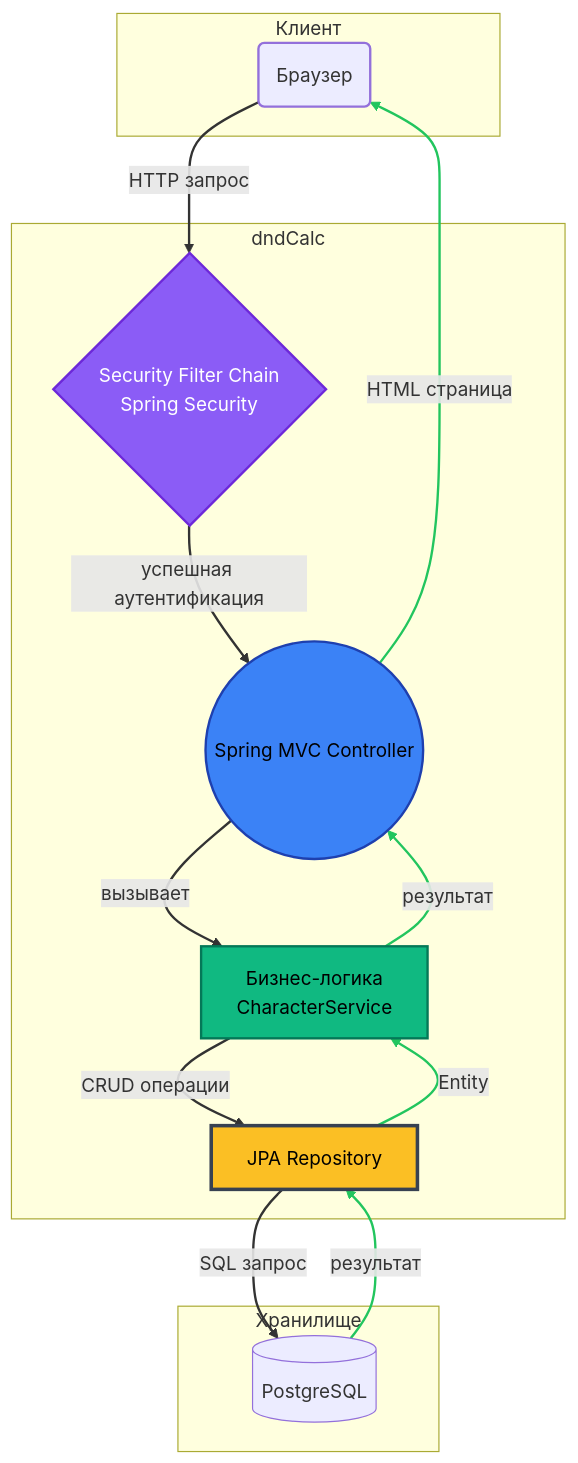
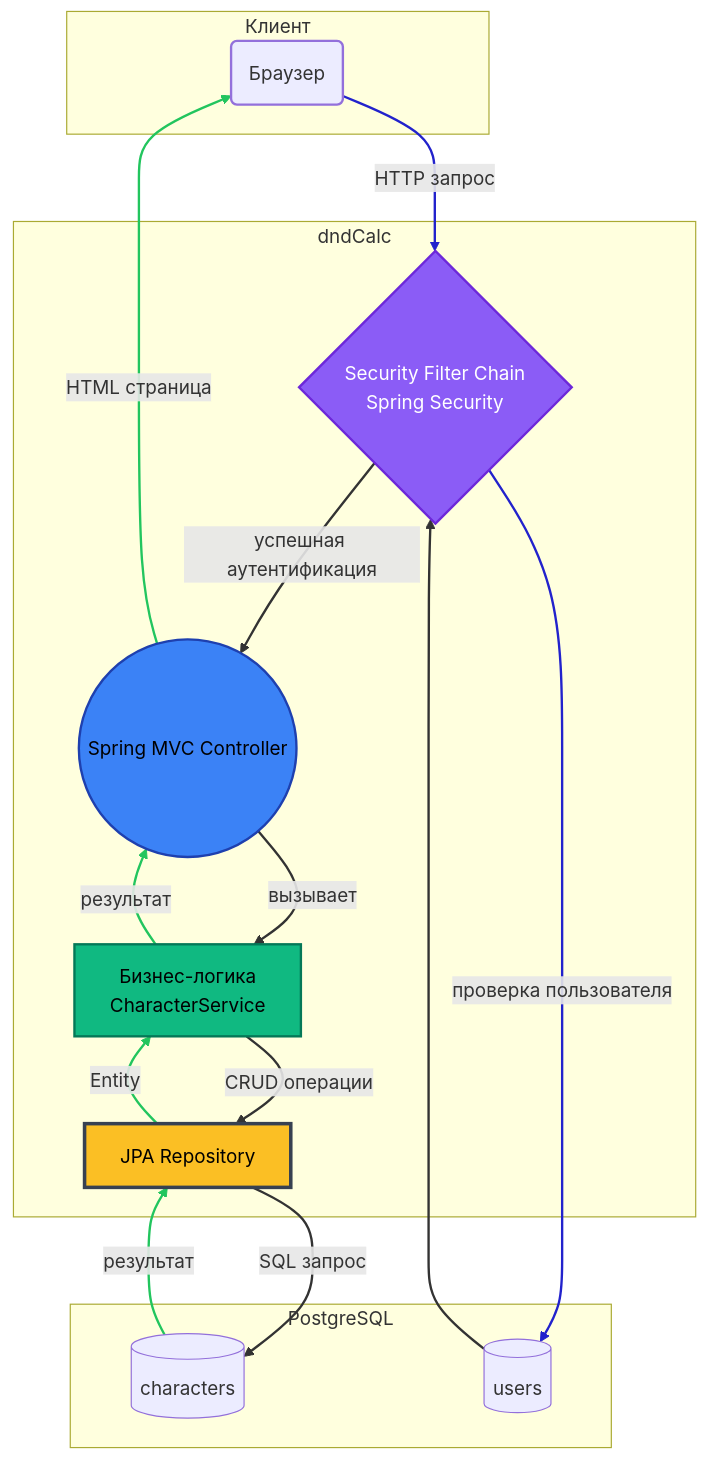
The diagram in README.md (AABarabanov/dndCalc), drawn with Mermaid before and after one commit. The commit also changed other lines of this file, not shown here.

````diff
--- a/README.md
+++ b/README.md
@@ -11,43 +20,48 @@
 ```mermaid
 graph TB
     subgraph Клиент
         A(Браузер)
     end
 
     subgraph dndCalc
         F{Security Filter Chain<br/>Spring Security}
         B((Spring MVC Controller))
         C[Бизнес-логика<br/>CharacterService]
         D[JPA Repository]
     end
 
-    subgraph Хранилище
-        E[(PostgreSQL)]
+    subgraph PostgreSQL
+        E[(characters)]
+        G[(users)]
     end
 
 A -->|HTTP запрос| F
+F -->|проверка пользователя| G
+G-->| | F
 F -->|успешная аутентификация| B
 B -->|вызывает| C
 C -->|CRUD операции| D
 D -->|SQL запрос| E
 E -->|результат| D
 D -->|Entity| C
 C -->|результат| B
 B -->|HTML страница| A
 
 style A fill:stroke:#d97706,stroke-width:2px,r:50
 style B fill:#3b82f6,stroke:#1e40af,stroke-width:2px,color:#000
 style C fill:#10b981,stroke:#047857,stroke-width:2px,color:#000
 style D fill:#fbbf24,stroke:#374151,stroke-width:3px,color:#000
 style F fill:#8b5cf6,stroke:#6d28d9,stroke-width:2px,color:#fff
 
-linkStyle 0 stroke-width:2px
-linkStyle 1 stroke-width:2px
+linkStyle 0 stroke:#22c,stroke-width:2px
+linkStyle 1 stroke:#22c,stroke-width:2px
 linkStyle 2 stroke-width:2px
 linkStyle 3 stroke-width:2px
 linkStyle 4 stroke-width:2px
-linkStyle 5 stroke:#22c55e,stroke-width:2px
-linkStyle 6 stroke:#22c55e,stroke-width:2px
+linkStyle 5 stroke-width:2px
+linkStyle 6 stroke-width:2px
 linkStyle 7 stroke:#22c55e,stroke-width:2px
 linkStyle 8 stroke:#22c55e,stroke-width:2px
+linkStyle 9 stroke:#22c55e,stroke-width:2px
+linkStyle 10 stroke:#22c55e,stroke-width:2px
 ```
````
